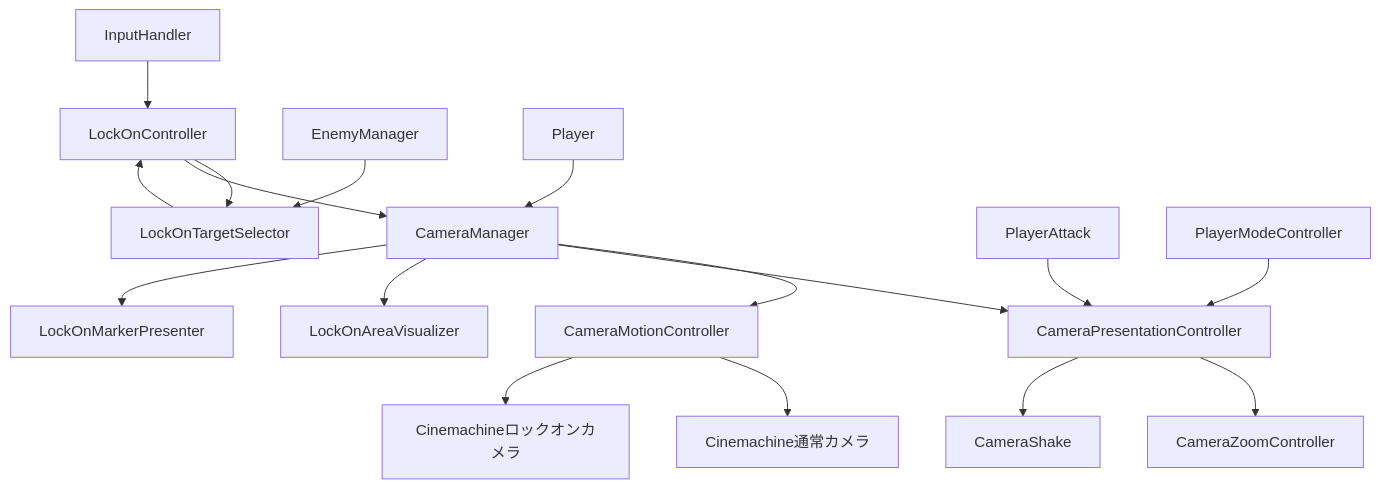
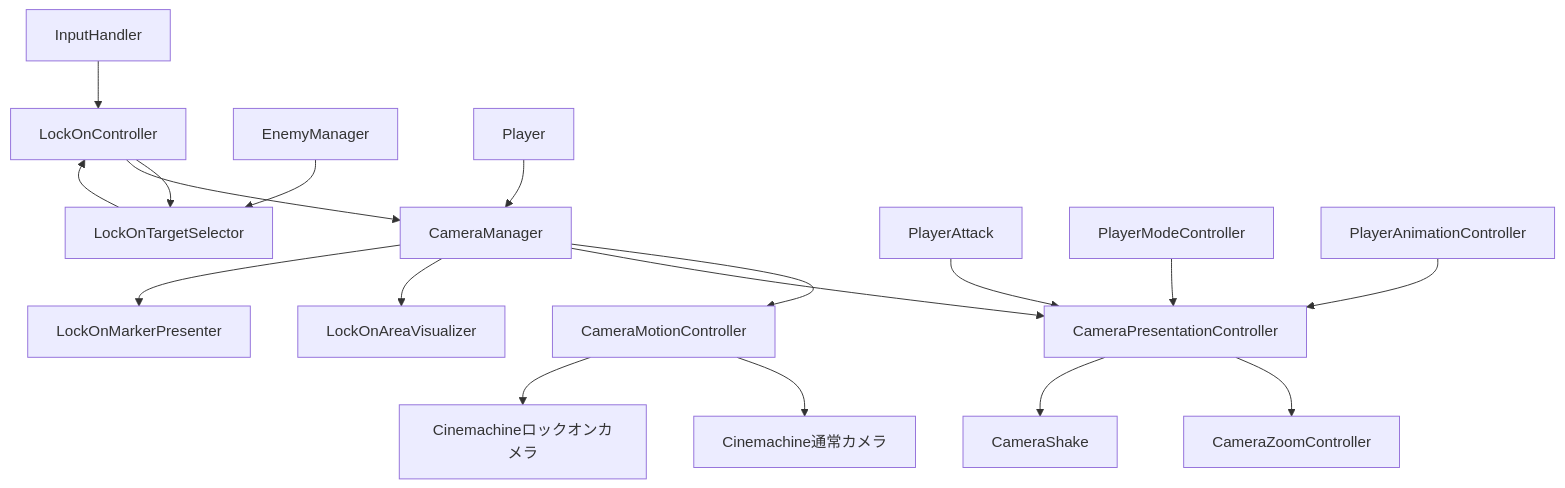
One commit to NaritaShosei/ProjectGO changed the diagram in Assets/Scripts/Camera/CameraSystemDoc.md. Above: the diagram before and after it, drawn with Mermaid. The commit also changed other lines of this file and 1 other file, not shown here.

Commit message:
[refactor]Player.csを編集しない方式に修正

````diff
--- a/Assets/Scripts/Camera/CameraSystemDoc.md
+++ b/Assets/Scripts/Camera/CameraSystemDoc.md
@@ -122,19 +125,20 @@
 ```mermaid
 flowchart TD
     Input[InputHandler] --> Controller[LockOnController]
     Enemy[EnemyManager] --> Selector[LockOnTargetSelector]
     Controller --> Selector
     Selector --> Controller
     Controller --> Manager[CameraManager]
     Player[Player] --> Manager
     Manager --> Motion[CameraMotionController]
     Motion --> Normal[Cinemachine通常カメラ]
     Motion --> Lock[Cinemachineロックオンカメラ]
     Manager --> Presentation[CameraPresentationController]
     PlayerAttack[PlayerAttack] --> Presentation
     ModeController[PlayerModeController] --> Presentation
+    AnimController[PlayerAnimationController] --> Presentation
     Presentation --> Zoom[CameraZoomController]
     Presentation --> Shake[CameraShake]
     Manager --> Area[LockOnAreaVisualizer]
     Manager --> Marker[LockOnMarkerPresenter]
 ```
````
